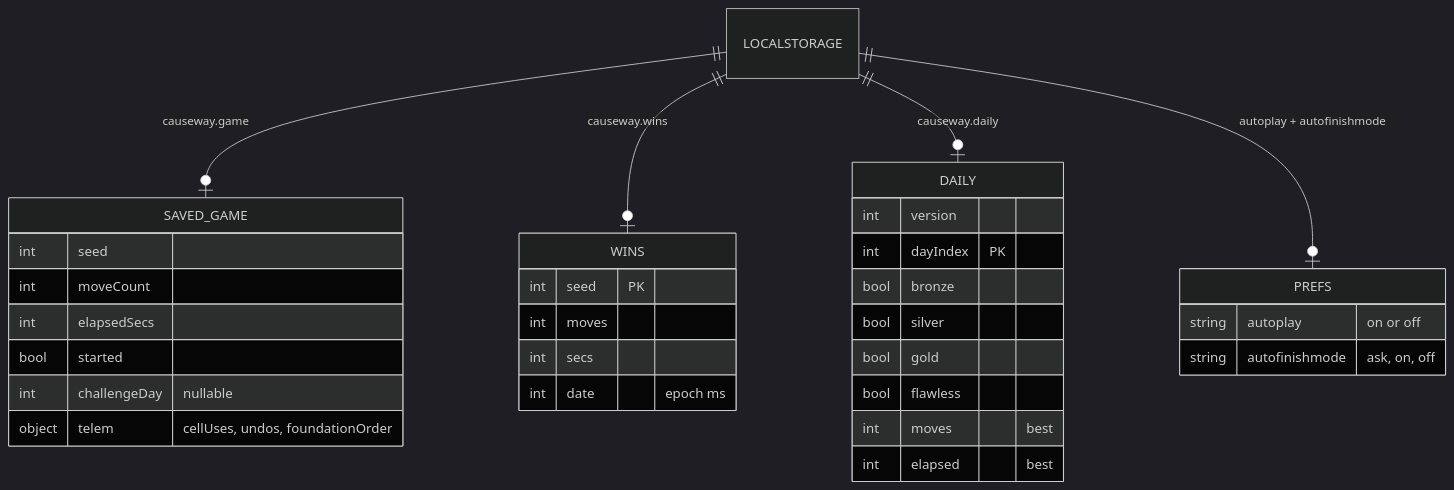
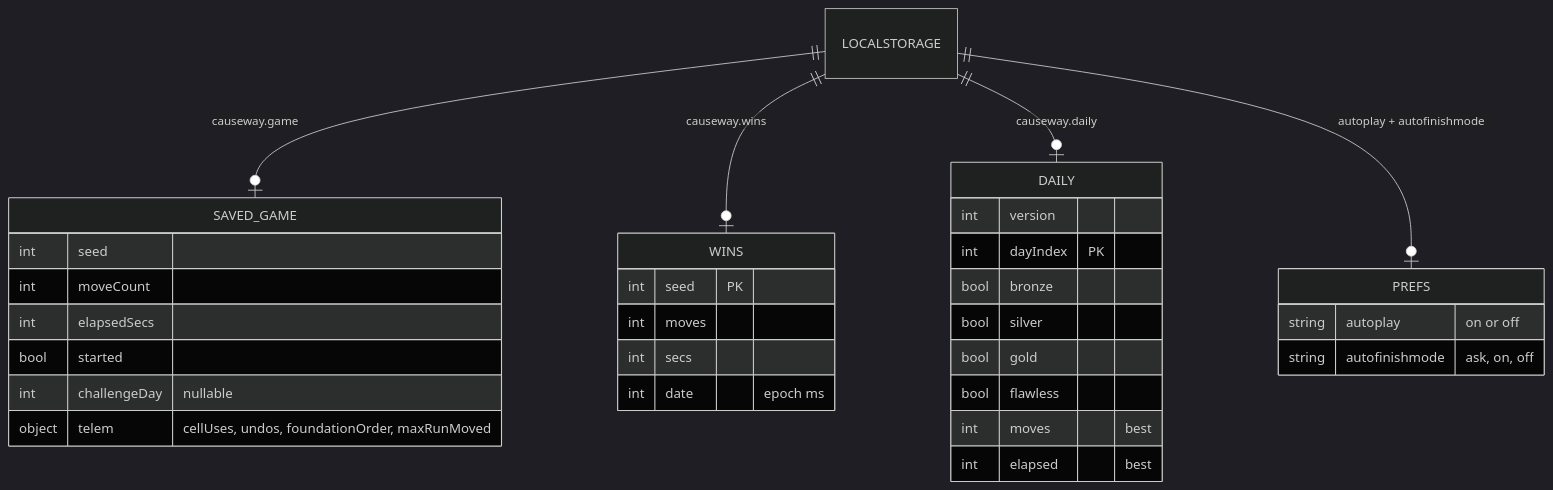
One commit to peterlit/cardgame changed the sixth of 6 diagrams in docs/architecture/web-prototype.md. Above: the diagram before and after it, drawn with Mermaid (dark theme). The commit also changed other lines of this file and 5 other files, not shown here.

First line of the commit message:
docs: record the six shipped objectives; fix architecture drift

````diff
--- a/docs/architecture/web-prototype.md
+++ b/docs/architecture/web-prototype.md
@@ -313,36 +313,36 @@
 ```mermaid
 erDiagram
     LOCALSTORAGE ||--o| SAVED_GAME : "causeway.game"
     LOCALSTORAGE ||--o| WINS : "causeway.wins"
     LOCALSTORAGE ||--o| DAILY : "causeway.daily"
     LOCALSTORAGE ||--o| PREFS : "autoplay + autofinishmode"
 
     SAVED_GAME {
         int seed
         int moveCount
         int elapsedSecs
         bool started
         int challengeDay "nullable"
-        object telem "cellUses, undos, foundationOrder"
+        object telem "cellUses, undos, foundationOrder, maxRunMoved"
     }
     WINS {
         int seed PK
         int moves
         int secs
         int date "epoch ms"
     }
     DAILY {
         int version
         int dayIndex PK
         bool bronze
         bool silver
         bool gold
         bool flawless
         int moves "best"
         int elapsed "best"
     }
     PREFS {
         string autoplay "on or off"
         string autofinishmode "ask, on, off"
     }
 ```
````
